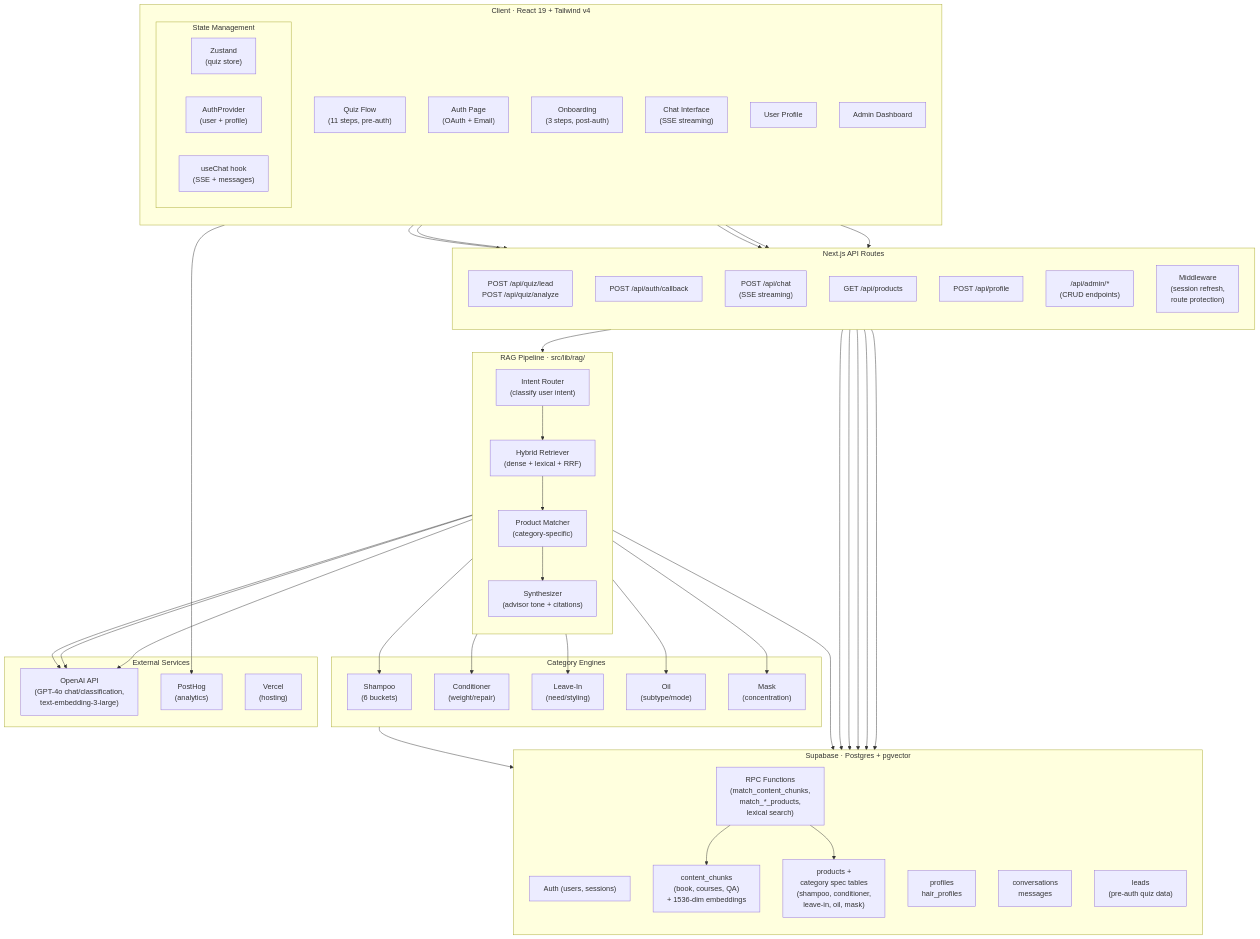
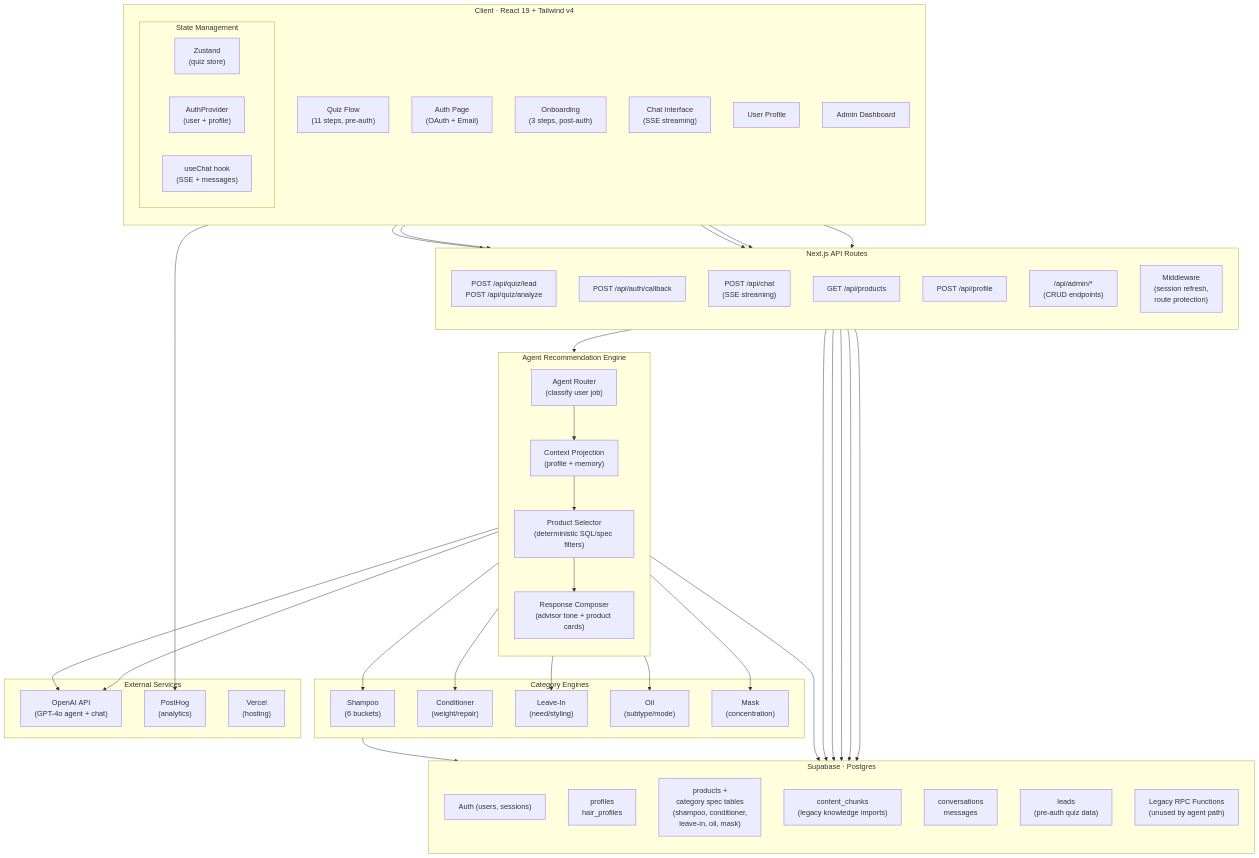
The first of 4 diagrams in OVERVIEW.md (NickRuppy/hair_concierge), drawn with Mermaid before and after one commit. The commit also changed other lines of this file and 13 other files, not shown here.

Commit message:
refactor(recommendations): remove embedding retrieval path

````diff
--- a/OVERVIEW.md
+++ b/OVERVIEW.md
@@ -55,16 +55,16 @@
         Middleware["Middleware<br/>(session refresh,<br/>route protection)"]
     end
 
-    subgraph RAG["RAG Pipeline · src/lib/rag/"]
+    subgraph AgentEngine["Agent Recommendation Engine"]
         direction TB
-        Router["Intent Router<br/>(classify user intent)"]
-        Retriever["Hybrid Retriever<br/>(dense + lexical + RRF)"]
-        ProductMatcher["Product Matcher<br/>(category-specific)"]
-        Synthesizer["Synthesizer<br/>(advisor tone + citations)"]
+        Router["Agent Router<br/>(classify user job)"]
+        Context["Context Projection<br/>(profile + memory)"]
+        ProductMatcher["Product Selector<br/>(deterministic SQL/spec filters)"]
+        Composer["Response Composer<br/>(advisor tone + product cards)"]
 
-        Router --> Retriever
-        Retriever --> ProductMatcher
-        ProductMatcher --> Synthesizer
+        Router --> Context
+        Context --> ProductMatcher
+        ProductMatcher --> Composer
     end
 
     subgraph CategoryLogic["Category Engines"]
@@ -75,19 +75,19 @@
         Mask["Mask<br/>(concentration)"]
     end
 
-    subgraph Supabase["Supabase · Postgres + pgvector"]
+    subgraph Supabase["Supabase · Postgres"]
         direction TB
         AuthDB["Auth (users, sessions)"]
         ProfilesDB["profiles<br/>hair_profiles"]
         ProductsDB["products +<br/>category spec tables<br/>(shampoo, conditioner,<br/>leave-in, oil, mask)"]
-        ContentDB["content_chunks<br/>(book, courses, QA)<br/>+ 1536-dim embeddings"]
+        ContentDB["content_chunks<br/>(legacy knowledge imports)"]
         ChatDB["conversations<br/>messages"]
         LeadsDB["leads<br/>(pre-auth quiz data)"]
-        RPCFunctions["RPC Functions<br/>(match_content_chunks,<br/>match_*_products,<br/>lexical search)"]
+        RPCFunctions["Legacy RPC Functions<br/>(unused by agent path)"]
     end
 
     subgraph External["External Services"]
-        OpenAI["OpenAI API<br/>(GPT-4o chat/classification,<br/>text-embedding-3-large)"]
+        OpenAI["OpenAI API<br/>(GPT-4o agent + chat)"]
         PostHog["PostHog<br/>(analytics)"]
         Vercel["Vercel<br/>(hosting)"]
     end
@@ -108,16 +108,13 @@
 
     QuizAPI --> LeadsDB
     AuthAPI --> AuthDB
-    Retriever --> RPCFunctions
-    RPCFunctions --> ContentDB
-    RPCFunctions --> ProductsDB
-    CategoryLogic --> RPCFunctions
+    ProductMatcher --> ProductsDB
+    CategoryLogic --> ProductsDB
     ChatAPI --> ChatDB
     ProfileAPI --> ProfilesDB
     Middleware --> AuthDB
 
     Router --> OpenAI
-    Synthesizer --> OpenAI
-    Retriever --> OpenAI
+    Composer --> OpenAI
     Client --> PostHog
 ```
````
